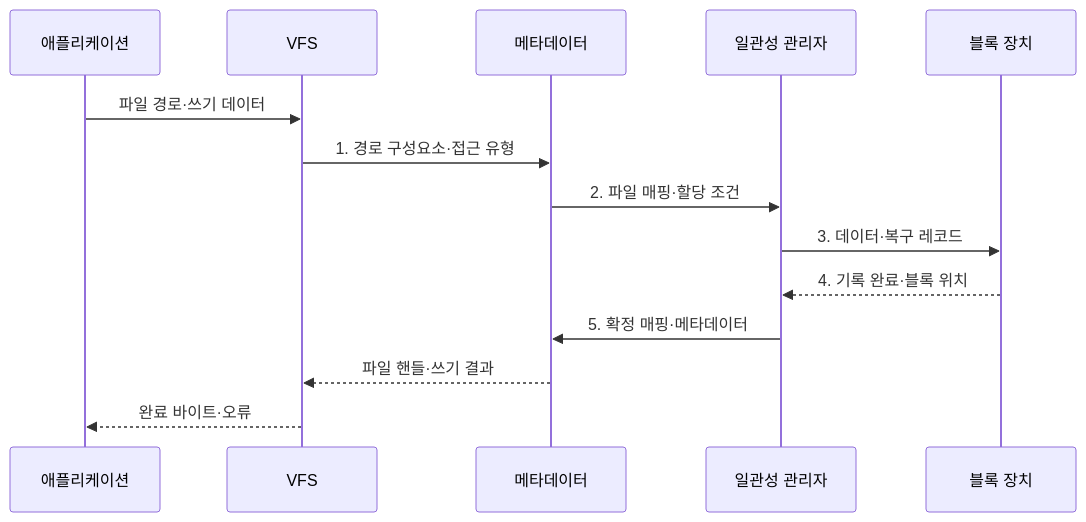
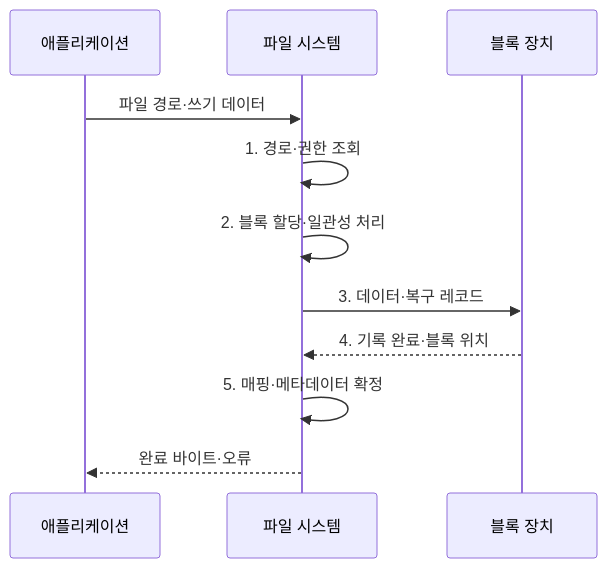
The second of 2 diagrams in src/content/docs/notes/03-software/020_file_system.md (agnusdei1207/knowledge-base), drawn with Mermaid before and after one commit. The commit also changed other lines of this file and 8 other files, not shown here.

Commit message:
Focus software system diagrams

````diff
--- a/src/content/docs/notes/03-software/020_file_system.md
+++ b/src/content/docs/notes/03-software/020_file_system.md
@@ -103,16 +103,13 @@
 ```mermaid
 sequenceDiagram
     participant A as 애플리케이션
-    participant V as VFS
-    participant M as 메타데이터
-    participant C as 일관성 관리자
+    participant F as 파일 시스템
     participant D as 블록 장치
-    A->>V: 파일 경로·쓰기 데이터
-    V->>M: 1. 경로 구성요소·접근 유형
-    M->>C: 2. 파일 매핑·할당 조건
-    C->>D: 3. 데이터·복구 레코드
-    D-->>C: 4. 기록 완료·블록 위치
-    C->>M: 5. 확정 매핑·메타데이터
-    M-->>V: 파일 핸들·쓰기 결과
-    V-->>A: 완료 바이트·오류
+    A->>F: 파일 경로·쓰기 데이터
+    F->>F: 1. 경로·권한 조회
+    F->>F: 2. 블록 할당·일관성 처리
+    F->>D: 3. 데이터·복구 레코드
+    D-->>F: 4. 기록 완료·블록 위치
+    F->>F: 5. 매핑·메타데이터 확정
+    F-->>A: 완료 바이트·오류
 ```
````
